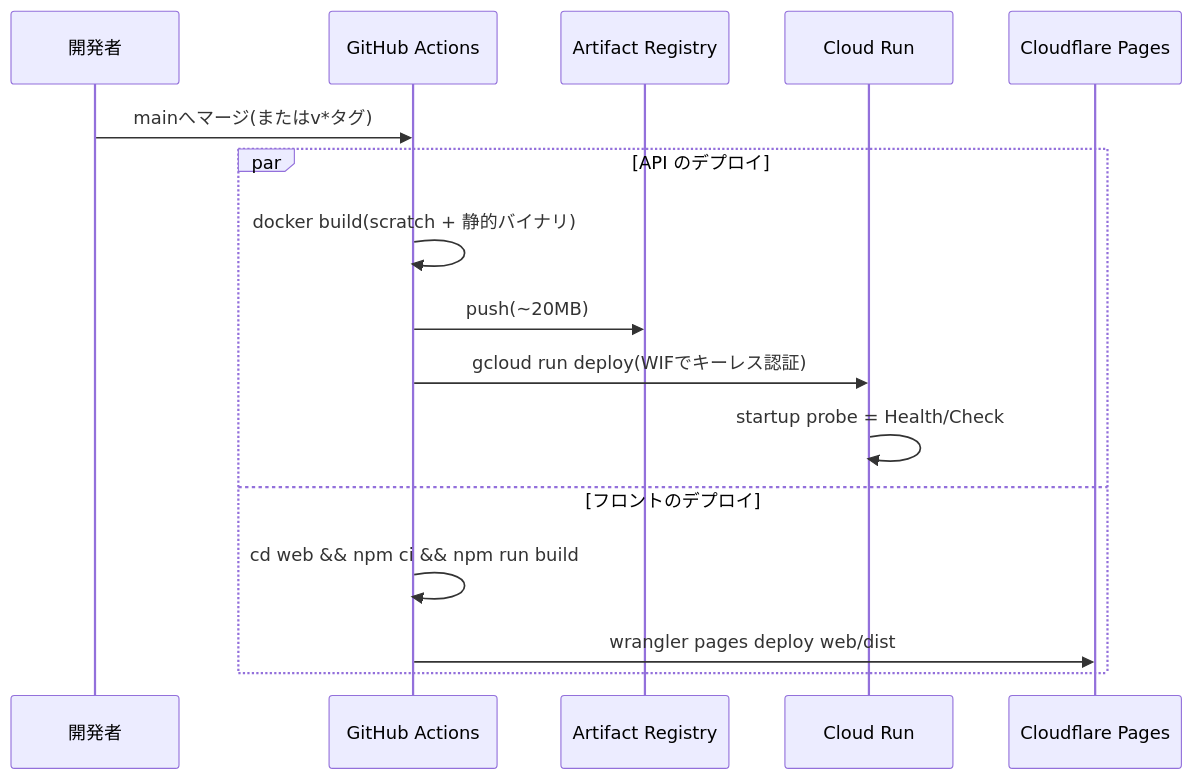
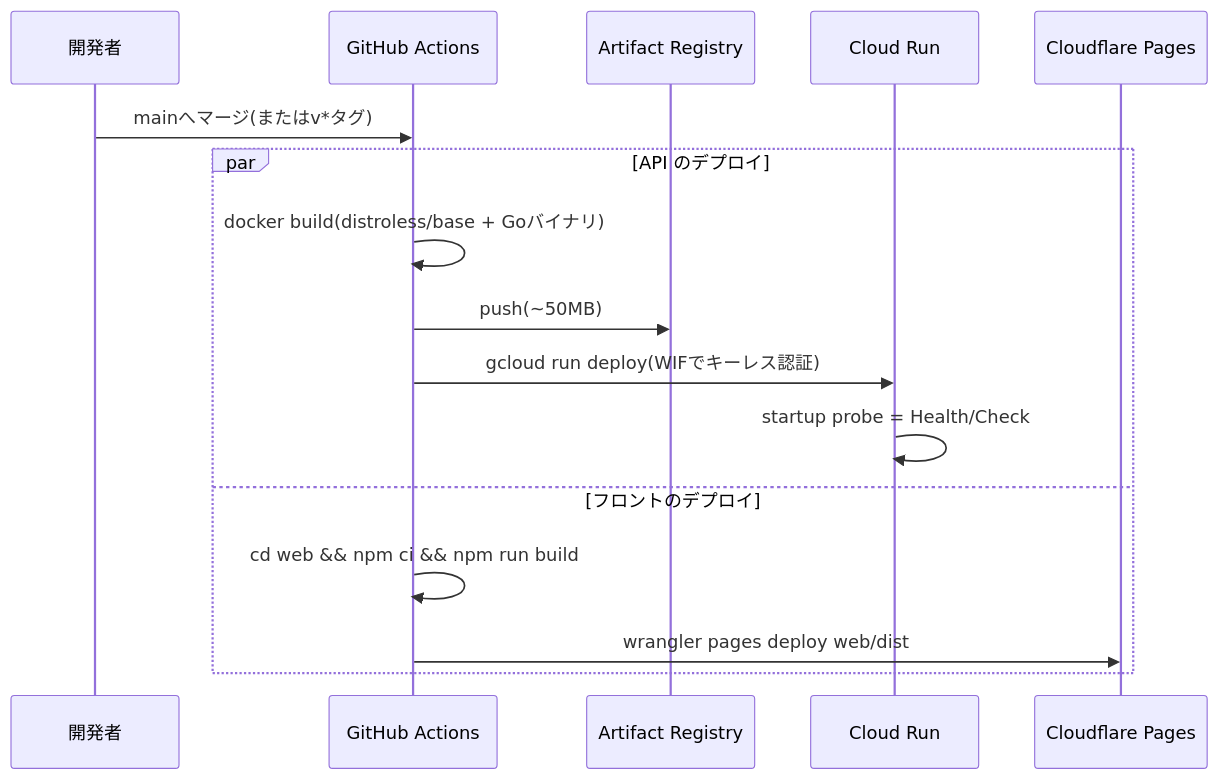
Before and after one commit to kkito0726/heic-converter: the third of 3 diagrams in doc/deployment/infrastructure-design.md, drawn with Mermaid. The commit also changed other lines of this file, not shown here.

Commit message:
docs: Docker検証結果を反映(scratch不可・distroless/base採用、イメージ約50MB)

````diff
--- a/doc/deployment/infrastructure-design.md
+++ b/doc/deployment/infrastructure-design.md
@@ -119,19 +119,19 @@
 ```mermaid
 sequenceDiagram
     participant Dev as 開発者
     participant GH as GitHub Actions
     participant AR as Artifact Registry
     participant CR as Cloud Run
     participant CF as Cloudflare Pages
 
     Dev->>GH: mainへマージ(またはv*タグ)
     par API のデプロイ
-        GH->>GH: docker build(scratch + 静的バイナリ)
-        GH->>AR: push(~20MB)
+        GH->>GH: docker build(distroless/base + Goバイナリ)
+        GH->>AR: push(~50MB)
         GH->>CR: gcloud run deploy(WIFでキーレス認証)
         CR->>CR: startup probe = Health/Check
     and フロントのデプロイ
         GH->>GH: cd web && npm ci && npm run build
         GH->>CF: wrangler pages deploy web/dist
     end
 ```
````
